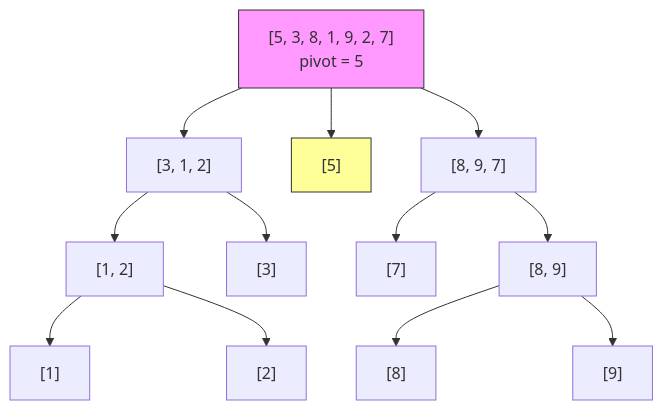
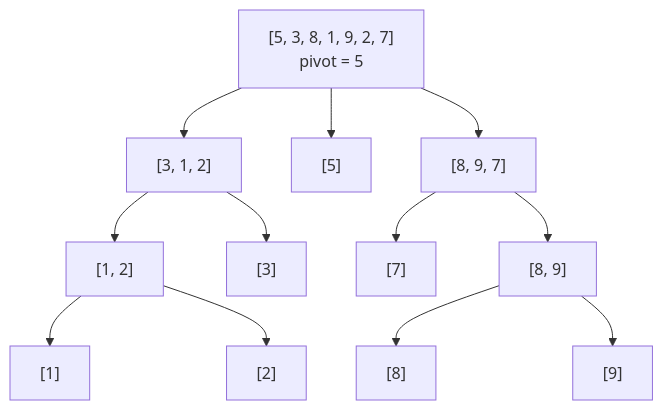
Before and after one commit to FPTOJ-OJ/fptoj_wiki: the second of 2 diagrams in docs/lessons/thuat-toan-sap-xep.md, drawn with Mermaid. The commit also changed other lines of this file and 18 other files, not shown here.

First line of the commit message:
fix: LaTeX errors, mermaid theme switching, remove custom colors

````diff
--- a/docs/lessons/thuat-toan-sap-xep.md
+++ b/docs/lessons/thuat-toan-sap-xep.md
@@ -442,17 +476,16 @@
 ```mermaid
 graph TD
     A["[5, 3, 8, 1, 9, 2, 7]\npivot = 5"] --> B["[3, 1, 2]"]
     A --> C["[5]"]
     A --> D["[8, 9, 7]"]
     B --> E["[1, 2]"]
     B --> F["[3]"]
     D --> G["[7]"]
     D --> H["[8, 9]"]
     E --> I["[1]"]
     E --> J["[2]"]
     H --> K["[8]"]
     H --> L["[9]"]
 
-    style A fill:#f9f,stroke:#333
-    style C fill:#ff9,stroke:#333
+
 ```
````
